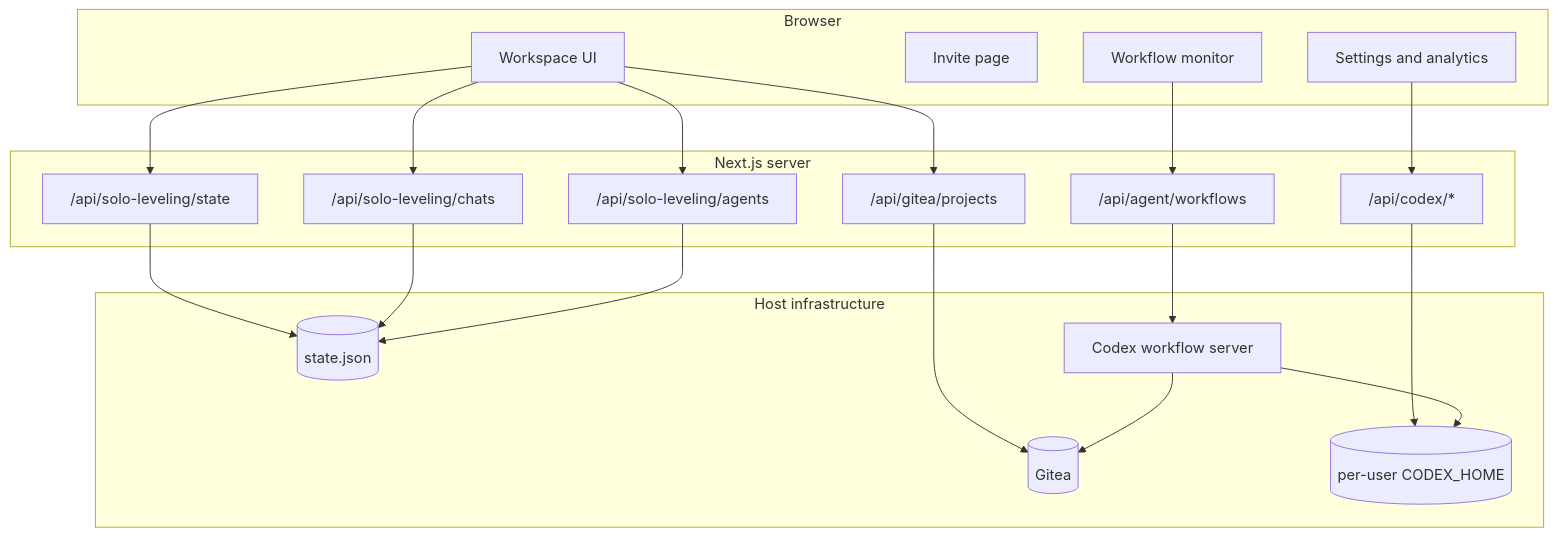
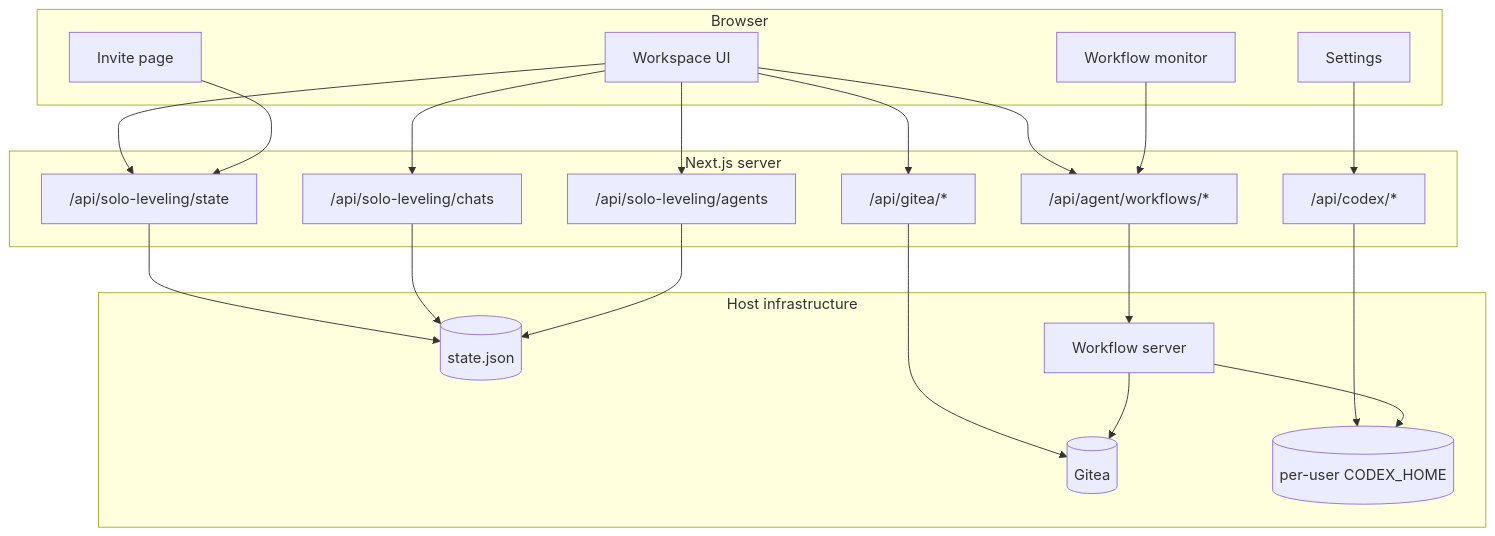
One commit to leonidas1312/group-leveling changed the second of 9 diagrams in ARCHITECTURE.md. Above: the diagram before and after it, drawn with Mermaid. The commit also changed other lines of this file and 12 other files, not shown here.

````diff
--- a/ARCHITECTURE.md
+++ b/ARCHITECTURE.md
@@ -48,41 +49,43 @@
 ```mermaid
 flowchart TB
   subgraph Browser
     UI["Workspace UI"]
     Invite["Invite page"]
-    Settings["Settings and analytics"]
+    Settings["Settings"]
     Monitor["Workflow monitor"]
   end
 
-  subgraph Next[Next.js server]
-    APIState["/api/solo-leveling/state"]
-    APIChats["/api/solo-leveling/chats"]
-    APIAgents["/api/solo-leveling/agents"]
-    APIProjects["/api/gitea/projects"]
-    APICodex["/api/codex/*"]
-    APIWorkflows["/api/agent/workflows"]
+  subgraph Next["Next.js server"]
+    StateAPI["/api/solo-leveling/state"]
+    ChatAPI["/api/solo-leveling/chats"]
+    AgentAPI["/api/solo-leveling/agents"]
+    GiteaAPI["/api/gitea/*"]
+    CodexAPI["/api/codex/*"]
+    WorkflowAPI["/api/agent/workflows/*"]
   end
 
-  subgraph LocalHost[Host infrastructure]
+  subgraph Host["Host infrastructure"]
     Store[(state.json)]
-    Gitea[(Gitea)]
-    Runner["Codex workflow server"]
-    CodexHome[(per-user CODEX_HOME)]
+    Repo[(Gitea)]
+    Runner["Workflow server"]
+    Homes[(per-user CODEX_HOME)]
   end
 
-  UI --> APIState
-  UI --> APIChats
-  UI --> APIAgents
-  UI --> APIProjects
-  Settings --> APICodex
-  Monitor --> APIWorkflows
+  UI --> StateAPI
+  UI --> ChatAPI
+  UI --> AgentAPI
+  UI --> GiteaAPI
+  UI --> WorkflowAPI
+  Invite --> StateAPI
+  Settings --> CodexAPI
+  Monitor --> WorkflowAPI
 
-  APIState --> Store
-  APIChats --> Store
-  APIAgents --> Store
-  APIProjects --> Gitea
-  APIWorkflows --> Runner
-  APICodex --> CodexHome
-  Runner --> Gitea
-  Runner --> CodexHome
+  StateAPI --> Store
+  ChatAPI --> Store
+  AgentAPI --> Store
+  GiteaAPI --> Repo
+  WorkflowAPI --> Runner
+  CodexAPI --> Homes
+  Runner --> Repo
+  Runner --> Homes
 ```
````
